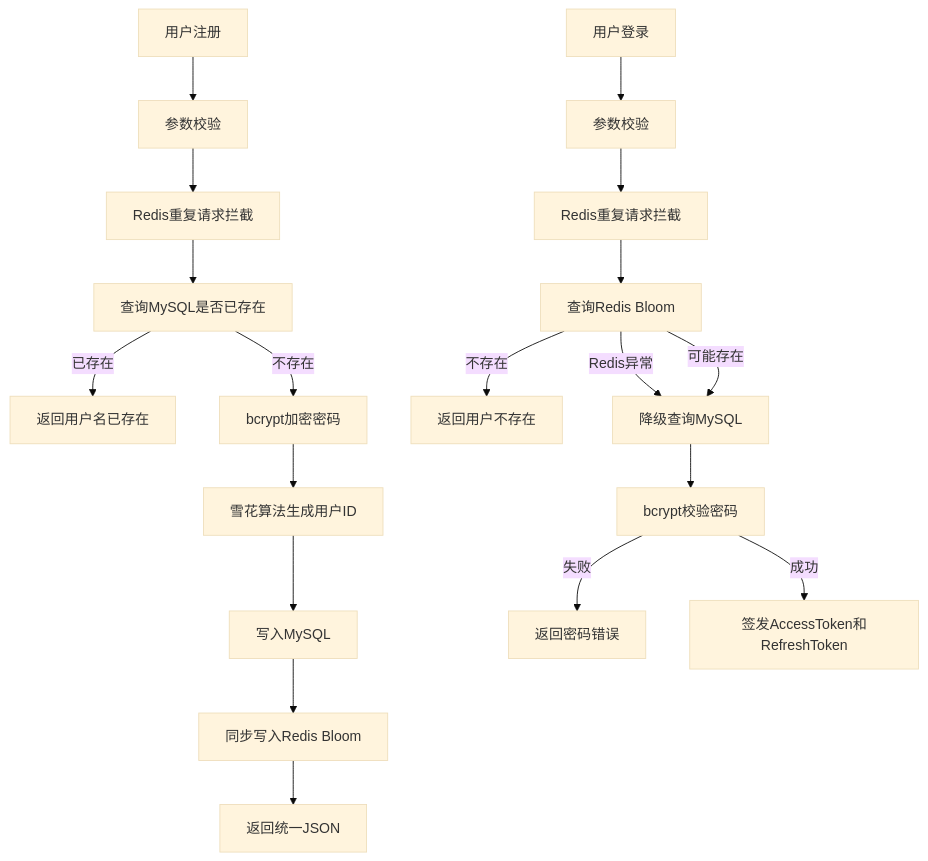
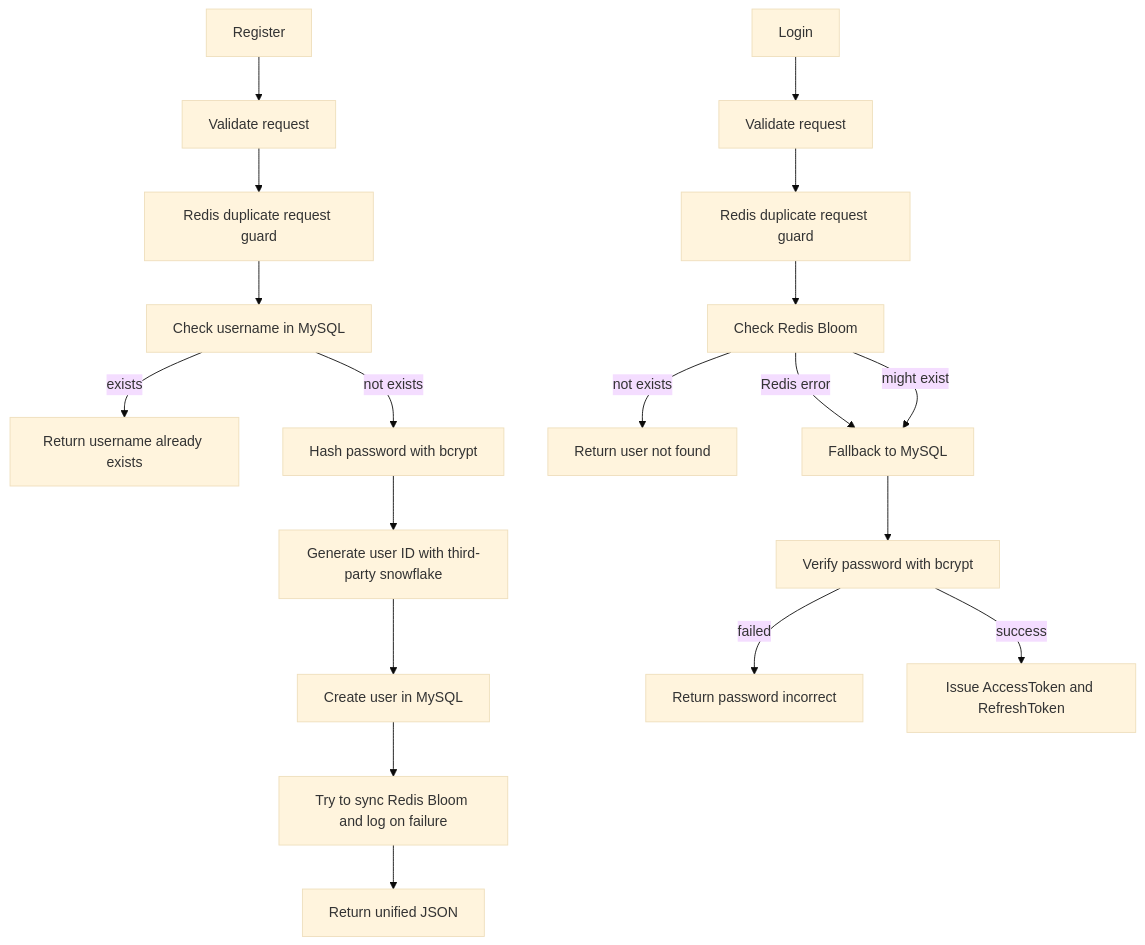
Before and after one commit to Trevonn-Liao/feed_system: the diagram in readme_user.md, drawn with Mermaid (base theme). The commit also changed other lines of this file and 11 other files, not shown here.

````diff
--- a/readme_user.md
+++ b/readme_user.md
@@ -5,22 +5,22 @@
 ```mermaid
 flowchart TD
-    A[用户注册] --> B[参数校验]
-    B --> C[Redis重复请求拦截]
-    C --> D[查询MySQL是否已存在]
-    D -- 已存在 --> E[返回用户名已存在]
-    D -- 不存在 --> F[bcrypt加密密码]
-    F --> G[雪花算法生成用户ID]
-    G --> H[写入MySQL]
-    H --> I[同步写入Redis Bloom]
-    I --> J[返回统一JSON]
+    A[Register] --> B[Validate request]
+    B --> C[Redis duplicate request guard]
+    C --> D[Check username in MySQL]
+    D -- exists --> E[Return username already exists]
+    D -- not exists --> F[Hash password with bcrypt]
+    F --> G[Generate user ID with third-party snowflake]
+    G --> H[Create user in MySQL]
+    H --> I[Try to sync Redis Bloom and log on failure]
+    I --> J[Return unified JSON]
 
-    K[用户登录] --> L[参数校验]
-    L --> M[Redis重复请求拦截]
-    M --> N[查询Redis Bloom]
-    N -- 不存在 --> O[返回用户不存在]
-    N -- Redis异常 --> P[降级查询MySQL]
-    N -- 可能存在 --> P
-    P --> Q[bcrypt校验密码]
-    Q -- 失败 --> R[返回密码错误]
-    Q -- 成功 --> S[签发AccessToken和RefreshToken]
+    K[Login] --> L[Validate request]
+    L --> M[Redis duplicate request guard]
+    M --> N[Check Redis Bloom]
+    N -- not exists --> O[Return user not found]
+    N -- Redis error --> P[Fallback to MySQL]
+    N -- might exist --> P
+    P --> Q[Verify password with bcrypt]
+    Q -- failed --> R[Return password incorrect]
+    Q -- success --> S[Issue AccessToken and RefreshToken]
 ```
````
